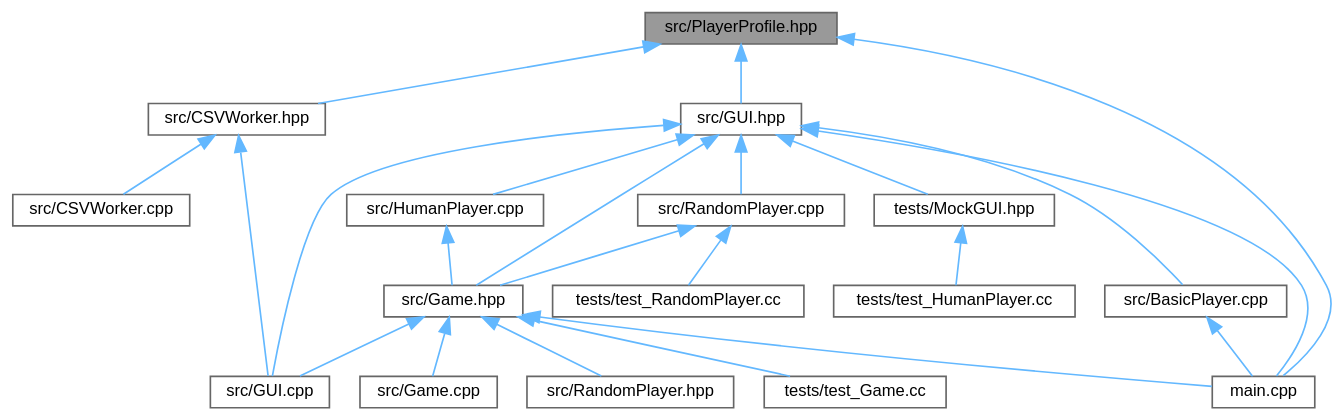
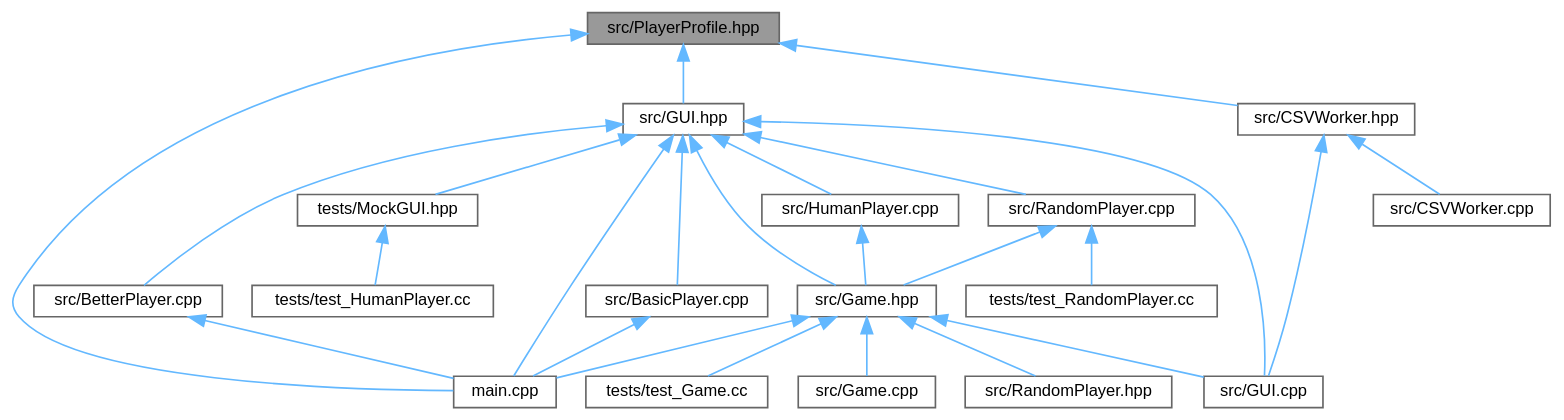
Before and after one commit to jesstyrrell/cosc345: the diagram in _player_profile_8hpp__dep__incl.dot, drawn with Graphviz. The commit also changed 174 other files, not shown here.

```diff
--- a/_player_profile_8hpp__dep__incl.dot
+++ b/_player_profile_8hpp__dep__incl.dot
@@ -1,46 +1,49 @@
 digraph "src/PlayerProfile.hpp"
 {
  // INTERACTIVE_SVG=YES
  // LATEX_PDF_SIZE
   bgcolor="transparent";
   edge [fontname=Helvetica,fontsize=10,labelfontname=Helvetica,labelfontsize=10];
   node [fontname=Helvetica,fontsize=10,shape=box,height=0.2,width=0.4];
   Node1 [id="Node000001",label="src/PlayerProfile.hpp",height=0.2,width=0.4,color="gray40", fillcolor="grey60", style="filled", fontcolor="black",tooltip=" "];
   Node1 -> Node2 [id="edge1_Node000001_Node000002",dir="back",color="steelblue1",style="solid",tooltip=" "];
   Node2 [id="Node000002",label="main.cpp",height=0.2,width=0.4,color="grey40", fillcolor="white", style="filled",URL="$main_8cpp.html",tooltip=" "];
   Node1 -> Node3 [id="edge2_Node000001_Node000003",dir="back",color="steelblue1",style="solid",tooltip=" "];
   Node3 [id="Node000003",label="src/CSVWorker.hpp",height=0.2,width=0.4,color="grey40", fillcolor="white", style="filled",URL="$_c_s_v_worker_8hpp.html",tooltip=" "];
   Node3 -> Node4 [id="edge3_Node000003_Node000004",dir="back",color="steelblue1",style="solid",tooltip=" "];
   Node4 [id="Node000004",label="src/CSVWorker.cpp",height=0.2,width=0.4,color="grey40", fillcolor="white", style="filled",URL="$_c_s_v_worker_8cpp.html",tooltip=" "];
   Node3 -> Node5 [id="edge4_Node000003_Node000005",dir="back",color="steelblue1",style="solid",tooltip=" "];
   Node5 [id="Node000005",label="src/GUI.cpp",height=0.2,width=0.4,color="grey40", fillcolor="white", style="filled",URL="$_g_u_i_8cpp.html",tooltip=" "];
   Node1 -> Node6 [id="edge5_Node000001_Node000006",dir="back",color="steelblue1",style="solid",tooltip=" "];
   Node6 [id="Node000006",label="src/GUI.hpp",height=0.2,width=0.4,color="grey40", fillcolor="white", style="filled",URL="$_g_u_i_8hpp.html",tooltip=" "];
   Node6 -> Node2 [id="edge6_Node000006_Node000002",dir="back",color="steelblue1",style="solid",tooltip=" "];
   Node6 -> Node7 [id="edge7_Node000006_Node000007",dir="back",color="steelblue1",style="solid",tooltip=" "];
   Node7 [id="Node000007",label="src/BasicPlayer.cpp",height=0.2,width=0.4,color="grey40", fillcolor="white", style="filled",URL="$_basic_player_8cpp.html",tooltip=" "];
   Node7 -> Node2 [id="edge8_Node000007_Node000002",dir="back",color="steelblue1",style="solid",tooltip=" "];
-  Node6 -> Node5 [id="edge9_Node000006_Node000005",dir="back",color="steelblue1",style="solid",tooltip=" "];
-  Node6 -> Node8 [id="edge10_Node000006_Node000008",dir="back",color="steelblue1",style="solid",tooltip=" "];
-  Node8 [id="Node000008",label="src/Game.hpp",height=0.2,width=0.4,color="grey40", fillcolor="white", style="filled",URL="$_game_8hpp.html",tooltip=" "];
-  Node8 -> Node2 [id="edge11_Node000008_Node000002",dir="back",color="steelblue1",style="solid",tooltip=" "];
-  Node8 -> Node5 [id="edge12_Node000008_Node000005",dir="back",color="steelblue1",style="solid",tooltip=" "];
-  Node8 -> Node9 [id="edge13_Node000008_Node000009",dir="back",color="steelblue1",style="solid",tooltip=" "];
-  Node9 [id="Node000009",label="src/Game.cpp",height=0.2,width=0.4,color="grey40", fillcolor="white", style="filled",URL="$_game_8cpp.html",tooltip=" "];
-  Node8 -> Node10 [id="edge14_Node000008_Node000010",dir="back",color="steelblue1",style="solid",tooltip=" "];
-  Node10 [id="Node000010",label="src/RandomPlayer.hpp",height=0.2,width=0.4,color="grey40", fillcolor="white", style="filled",URL="$_random_player_8hpp.html",tooltip=" "];
-  Node8 -> Node11 [id="edge15_Node000008_Node000011",dir="back",color="steelblue1",style="solid",tooltip=" "];
-  Node11 [id="Node000011",label="tests/test_Game.cc",height=0.2,width=0.4,color="grey40", fillcolor="white", style="filled",URL="$test___game_8cc.html",tooltip=" "];
-  Node6 -> Node12 [id="edge16_Node000006_Node000012",dir="back",color="steelblue1",style="solid",tooltip=" "];
-  Node12 [id="Node000012",label="src/HumanPlayer.cpp",height=0.2,width=0.4,color="grey40", fillcolor="white", style="filled",URL="$_human_player_8cpp.html",tooltip=" "];
-  Node12 -> Node8 [id="edge17_Node000012_Node000008",dir="back",color="steelblue1",style="solid",tooltip=" "];
+  Node6 -> Node8 [id="edge9_Node000006_Node000008",dir="back",color="steelblue1",style="solid",tooltip=" "];
+  Node8 [id="Node000008",label="src/BetterPlayer.cpp",height=0.2,width=0.4,color="grey40", fillcolor="white", style="filled",URL="$_better_player_8cpp.html",tooltip=" "];
+  Node8 -> Node2 [id="edge10_Node000008_Node000002",dir="back",color="steelblue1",style="solid",tooltip=" "];
+  Node6 -> Node5 [id="edge11_Node000006_Node000005",dir="back",color="steelblue1",style="solid",tooltip=" "];
+  Node6 -> Node9 [id="edge12_Node000006_Node000009",dir="back",color="steelblue1",style="solid",tooltip=" "];
+  Node9 [id="Node000009",label="src/Game.hpp",height=0.2,width=0.4,color="grey40", fillcolor="white", style="filled",URL="$_game_8hpp.html",tooltip=" "];
+  Node9 -> Node2 [id="edge13_Node000009_Node000002",dir="back",color="steelblue1",style="solid",tooltip=" "];
+  Node9 -> Node5 [id="edge14_Node000009_Node000005",dir="back",color="steelblue1",style="solid",tooltip=" "];
+  Node9 -> Node10 [id="edge15_Node000009_Node000010",dir="back",color="steelblue1",style="solid",tooltip=" "];
+  Node10 [id="Node000010",label="src/Game.cpp",height=0.2,width=0.4,color="grey40", fillcolor="white", style="filled",URL="$_game_8cpp.html",tooltip=" "];
+  Node9 -> Node11 [id="edge16_Node000009_Node000011",dir="back",color="steelblue1",style="solid",tooltip=" "];
+  Node11 [id="Node000011",label="src/RandomPlayer.hpp",height=0.2,width=0.4,color="grey40", fillcolor="white", style="filled",URL="$_random_player_8hpp.html",tooltip=" "];
+  Node9 -> Node12 [id="edge17_Node000009_Node000012",dir="back",color="steelblue1",style="solid",tooltip=" "];
+  Node12 [id="Node000012",label="tests/test_Game.cc",height=0.2,width=0.4,color="grey40", fillcolor="white", style="filled",URL="$test___game_8cc.html",tooltip=" "];
   Node6 -> Node13 [id="edge18_Node000006_Node000013",dir="back",color="steelblue1",style="solid",tooltip=" "];
-  Node13 [id="Node000013",label="src/RandomPlayer.cpp",height=0.2,width=0.4,color="grey40", fillcolor="white", style="filled",URL="$_random_player_8cpp.html",tooltip=" "];
-  Node13 -> Node8 [id="edge19_Node000013_Node000008",dir="back",color="steelblue1",style="solid",tooltip=" "];
-  Node13 -> Node14 [id="edge20_Node000013_Node000014",dir="back",color="steelblue1",style="solid",tooltip=" "];
-  Node14 [id="Node000014",label="tests/test_RandomPlayer.cc",height=0.2,width=0.4,color="grey40", fillcolor="white", style="filled",URL="$test___random_player_8cc.html",tooltip=" "];
-  Node6 -> Node15 [id="edge21_Node000006_Node000015",dir="back",color="steelblue1",style="solid",tooltip=" "];
-  Node15 [id="Node000015",label="tests/MockGUI.hpp",height=0.2,width=0.4,color="grey40", fillcolor="white", style="filled",URL="$_mock_g_u_i_8hpp.html",tooltip=" "];
-  Node15 -> Node16 [id="edge22_Node000015_Node000016",dir="back",color="steelblue1",style="solid",tooltip=" "];
-  Node16 [id="Node000016",label="tests/test_HumanPlayer.cc",height=0.2,width=0.4,color="grey40", fillcolor="white", style="filled",URL="$test___human_player_8cc.html",tooltip=" "];
+  Node13 [id="Node000013",label="src/HumanPlayer.cpp",height=0.2,width=0.4,color="grey40", fillcolor="white", style="filled",URL="$_human_player_8cpp.html",tooltip=" "];
+  Node13 -> Node9 [id="edge19_Node000013_Node000009",dir="back",color="steelblue1",style="solid",tooltip=" "];
+  Node6 -> Node14 [id="edge20_Node000006_Node000014",dir="back",color="steelblue1",style="solid",tooltip=" "];
+  Node14 [id="Node000014",label="src/RandomPlayer.cpp",height=0.2,width=0.4,color="grey40", fillcolor="white", style="filled",URL="$_random_player_8cpp.html",tooltip=" "];
+  Node14 -> Node9 [id="edge21_Node000014_Node000009",dir="back",color="steelblue1",style="solid",tooltip=" "];
+  Node14 -> Node15 [id="edge22_Node000014_Node000015",dir="back",color="steelblue1",style="solid",tooltip=" "];
+  Node15 [id="Node000015",label="tests/test_RandomPlayer.cc",height=0.2,width=0.4,color="grey40", fillcolor="white", style="filled",URL="$test___random_player_8cc.html",tooltip=" "];
+  Node6 -> Node16 [id="edge23_Node000006_Node000016",dir="back",color="steelblue1",style="solid",tooltip=" "];
+  Node16 [id="Node000016",label="tests/MockGUI.hpp",height=0.2,width=0.4,color="grey40", fillcolor="white", style="filled",URL="$_mock_g_u_i_8hpp.html",tooltip=" "];
+  Node16 -> Node17 [id="edge24_Node000016_Node000017",dir="back",color="steelblue1",style="solid",tooltip=" "];
+  Node17 [id="Node000017",label="tests/test_HumanPlayer.cc",height=0.2,width=0.4,color="grey40", fillcolor="white", style="filled",URL="$test___human_player_8cc.html",tooltip=" "];
 }
```
